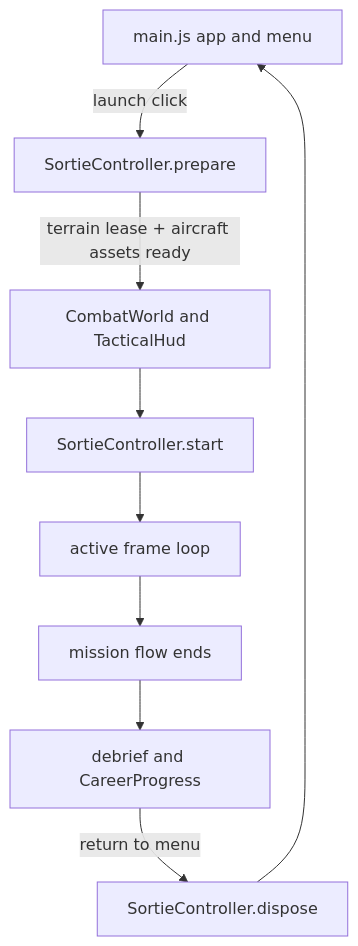
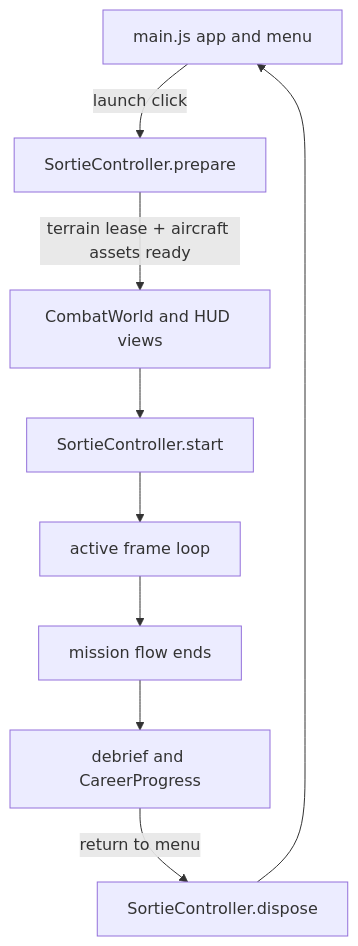
Before and after one commit to eratarkastaja/ilmatila: the diagram in docs/architecture.md, drawn with Mermaid. The commit also changed other lines of this file and 57 other files, not shown here.

````diff
--- a/docs/architecture.md
+++ b/docs/architecture.md
@@ -68,11 +71,11 @@
 ```mermaid
 flowchart TD
   A[main.js app and menu] -->|launch click| B[SortieController.prepare]
-  B -->|terrain lease + aircraft assets ready| C[CombatWorld and TacticalHud]
+  B -->|terrain lease + aircraft assets ready| C[CombatWorld and HUD views]
   C --> D[SortieController.start]
   D --> E[active frame loop]
   E --> F[mission flow ends]
   F --> G[debrief and CareerProgress]
   G -->|return to menu| H[SortieController.dispose]
   H --> A
 ```
````
